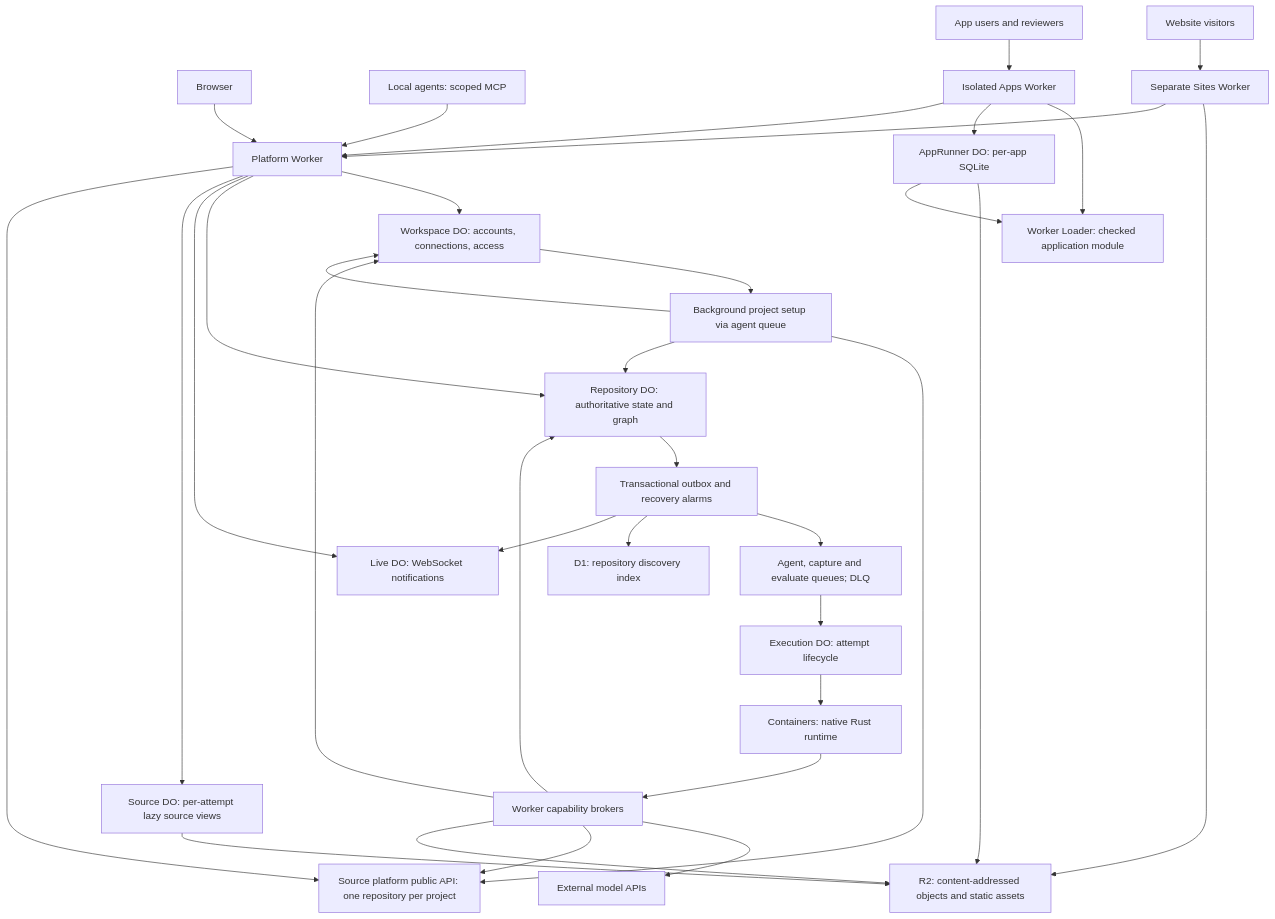
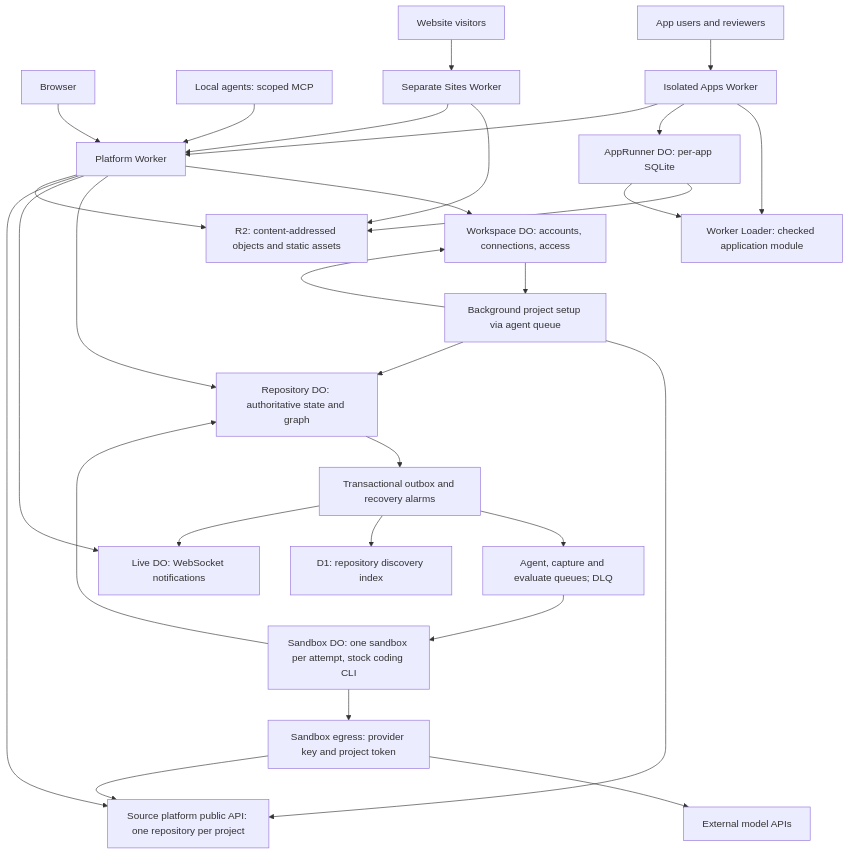
One commit to YonedaAI/yonedarepo changed the diagram in docs/current-state-architecture.md. Above: the diagram before and after it, drawn with Mermaid. The commit also changed other lines of this file and 134 other files, not shown here.

````diff
--- a/docs/current-state-architecture.md
+++ b/docs/current-state-architecture.md
@@ -62,40 +62,36 @@
 ```mermaid
 flowchart TD
     Browser["Browser"] --> Worker["Platform Worker"]
     LocalAgent["Local agents: scoped MCP"] --> Worker
 
     Worker --> Workspace["Workspace DO: accounts, connections, access"]
     Worker --> Repo["Repository DO: authoritative state and graph"]
     Worker --> Live["Live DO: WebSocket notifications"]
-    Worker --> Source["Source DO: per-attempt lazy source views"]
-    Source --> R2
     Workspace --> Setup["Background project setup via agent queue"]
     Setup --> Platform
     Setup --> Repo
     Setup --> Workspace
 
     Repo --> Outbox["Transactional outbox and recovery alarms"]
     Outbox --> Queues["Agent, capture and evaluate queues; DLQ"]
     Outbox --> D1["D1: repository discovery index"]
     Outbox --> Live
 
-    Queues --> Execution["Execution DO: attempt lifecycle"]
-    Execution --> Containers["Containers: native Rust runtime"]
-    Containers --> Broker["Worker capability brokers"]
-    Broker --> Providers["External model APIs"]
-    Broker --> Platform["Source platform public API: one repository per project"]
+    Queues --> Sandbox["Sandbox DO: one sandbox per attempt, stock coding CLI"]
+    Sandbox --> Egress["Sandbox egress: provider key and project token"]
+    Egress --> Providers["External model APIs"]
+    Egress --> Platform["Source platform public API: one repository per project"]
     Worker --> Platform
-    Broker --> R2["R2: content-addressed objects and static assets"]
-    Broker --> Repo
-    Broker --> Workspace
+    Worker --> R2["R2: content-addressed objects and static assets"]
+    Sandbox --> Repo
 
     Visitors["Website visitors"] --> Sites["Separate Sites Worker"]
     Sites --> R2
     Sites --> Worker
     AppVisitors["App users and reviewers"] --> Apps["Isolated Apps Worker"]
     Apps --> Loader["Worker Loader: checked application module"]
     Apps --> AppState["AppRunner DO: per-app SQLite"]
     Apps --> Worker
     AppState --> R2
     AppState --> Loader
 ```
````
